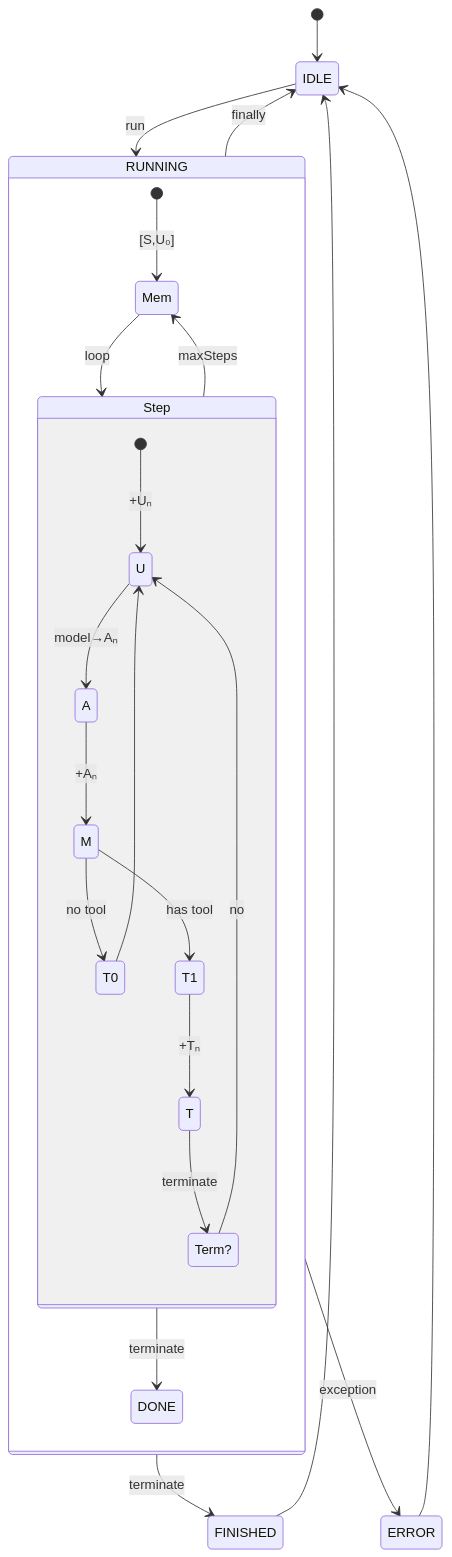
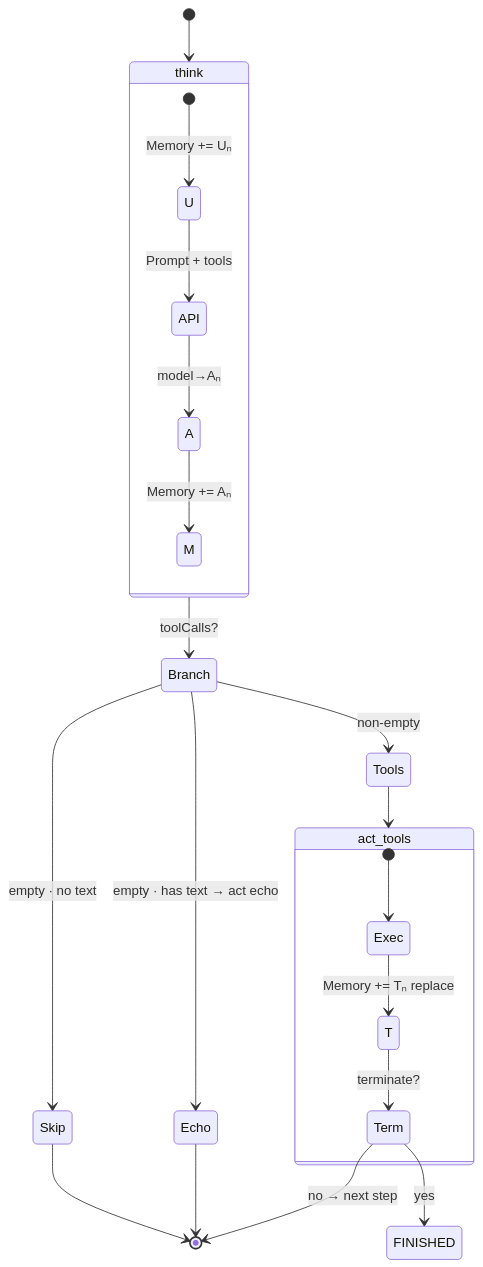
Before and after one commit to jixie-wish/Janus: the seventh of 7 diagrams in core/docs/AGENT-FLOW.en.md, drawn with Mermaid. The commit also changed other lines of this file and 26 other files, not shown here.

````diff
--- a/core/docs/AGENT-FLOW.en.md
+++ b/core/docs/AGENT-FLOW.en.md
@@ -5,36 +176,30 @@
 ```mermaid
 stateDiagram-v2
     direction TB
 
-    [*] --> IDLE
-    IDLE --> RUNNING: run
-
-    state RUNNING {
-        [*] --> Mem: [S,U₀]
-
-        Mem --> Step: loop
-
-        state Step {
-            [*] --> U: +Uₙ
-            U --> A: model→Aₙ
-            A --> M: +Aₙ
-
-            M --> T0: no tool
-            M --> T1: has tool
-
-            T0 --> U
-            T1 --> T: +Tₙ
-            T --> Term?: terminate
-            Term? --> U: no
-        }
-
-        Step --> DONE: terminate
-        Step --> Mem: maxSteps
+    state think {
+        [*] --> U: Memory += Uₙ
+        U --> API: Prompt + tools
+        API --> A: model→Aₙ
+        A --> M: Memory += Aₙ
     }
 
-    RUNNING --> FINISHED: terminate
-    RUNNING --> ERROR: exception
-    FINISHED --> IDLE
-    ERROR --> IDLE
-    RUNNING --> IDLE: finally
+    [*] --> think
+    think --> Branch: toolCalls?
+
+    Branch --> Echo: empty · has text → act echo
+    Branch --> Skip: empty · no text
+    Branch --> Tools: non-empty
+
+    state act_tools {
+        [*] --> Exec
+        Exec --> T: Memory += Tₙ replace
+        T --> Term: terminate?
+    }
+
+    Tools --> act_tools
+    Term --> FINISHED: yes
+    Term --> [*]: no → next step
+    Echo --> [*]
+    Skip --> [*]
 ```
````
